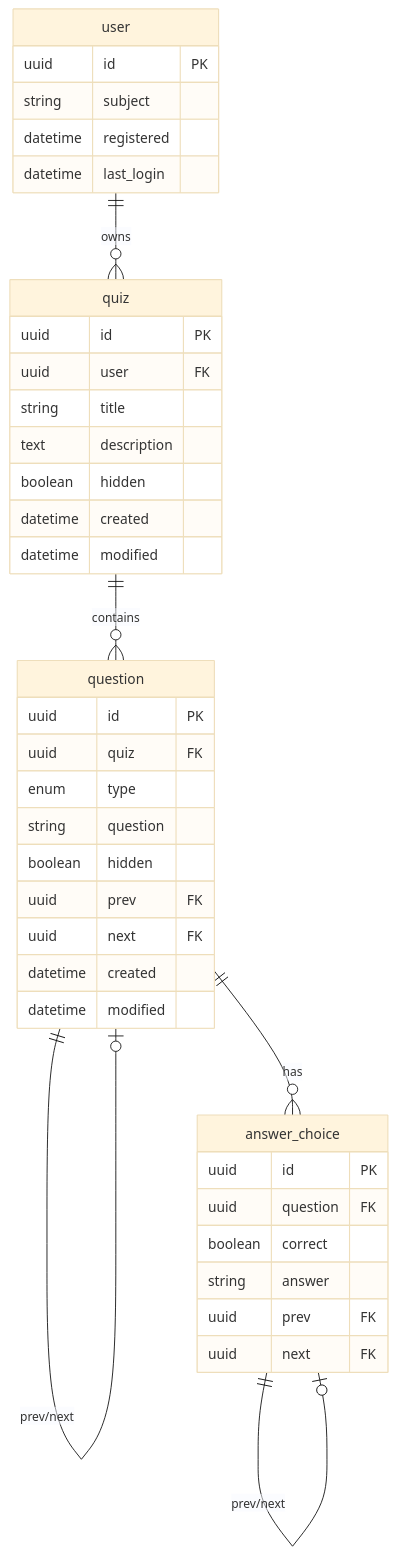
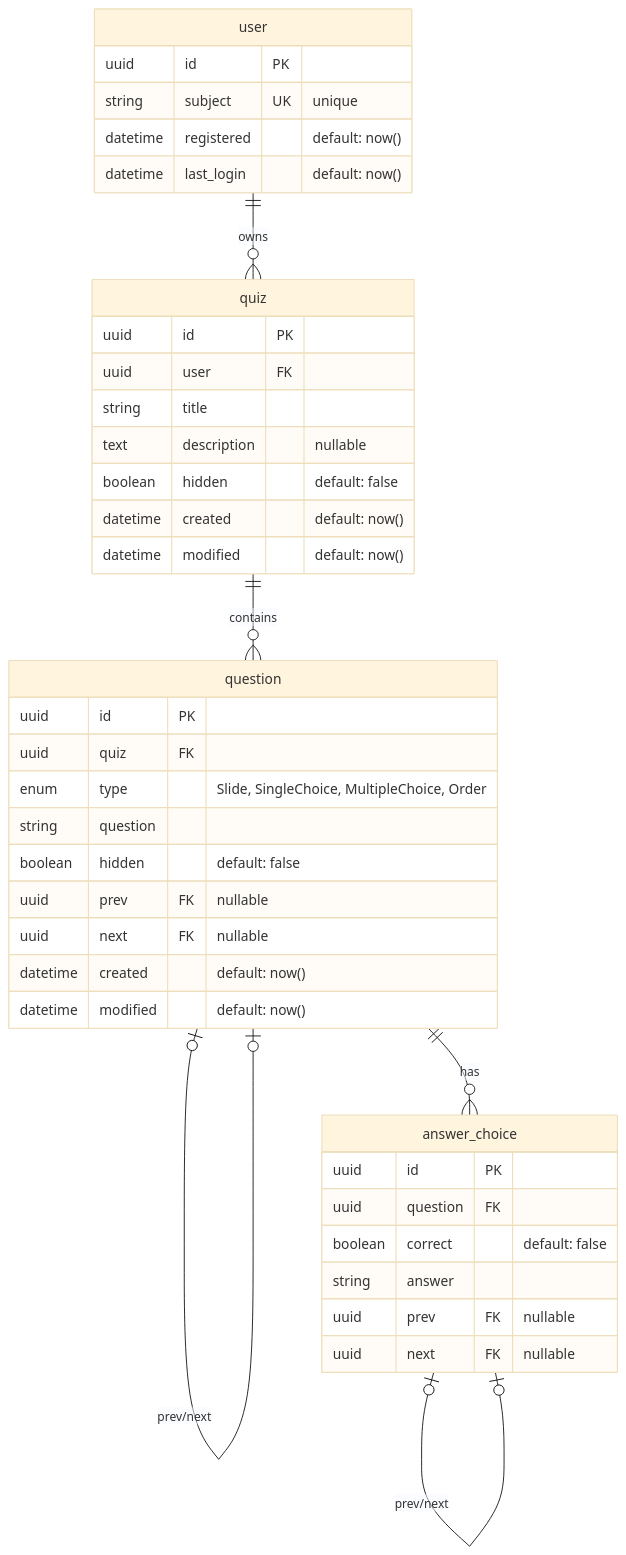
Before and after one commit to Benjrm/Benjrm: the diagram in README.md, drawn with Mermaid (base theme).

Commit message:
Fix ERD diagram in README.md

````diff
--- a/README.md
+++ b/README.md
@@ -89,43 +89,43 @@
 ```mermaid
 erDiagram
     user {
         uuid id PK
-        string subject
-        datetime registered
-        datetime last_login
+        string subject UK "unique"
+        datetime registered "default: now()"
+        datetime last_login "default: now()"
     }
     quiz {
         uuid id PK
         uuid user FK
         string title
-        text description
-        boolean hidden
-        datetime created
-        datetime modified
+        text description "nullable"
+        boolean hidden "default: false"
+        datetime created "default: now()"
+        datetime modified "default: now()"
     }
     question {
         uuid id PK
         uuid quiz FK
-        enum type
+        enum type "Slide, SingleChoice, MultipleChoice, Order"
         string question
-        boolean hidden
-        uuid prev FK
-        uuid next FK
-        datetime created
-        datetime modified
+        boolean hidden "default: false"
+        uuid prev FK "nullable"
+        uuid next FK "nullable"
+        datetime created "default: now()"
+        datetime modified "default: now()"
     }
     answer_choice {
         uuid id PK
         uuid question FK
-        boolean correct
+        boolean correct "default: false"
         string answer
-        uuid prev FK
-        uuid next FK
+        uuid prev FK "nullable"
+        uuid next FK "nullable"
     }
 
     user ||--o{ quiz : "owns"
     quiz ||--o{ question : "contains"
     question ||--o{ answer_choice : "has"
-    question ||--o| question : "prev/next"
-    answer_choice ||--o| answer_choice : "prev/next"
+    question o|--o| question : "prev/next"
+    answer_choice o|--o| answer_choice : "prev/next"
 ```
````
